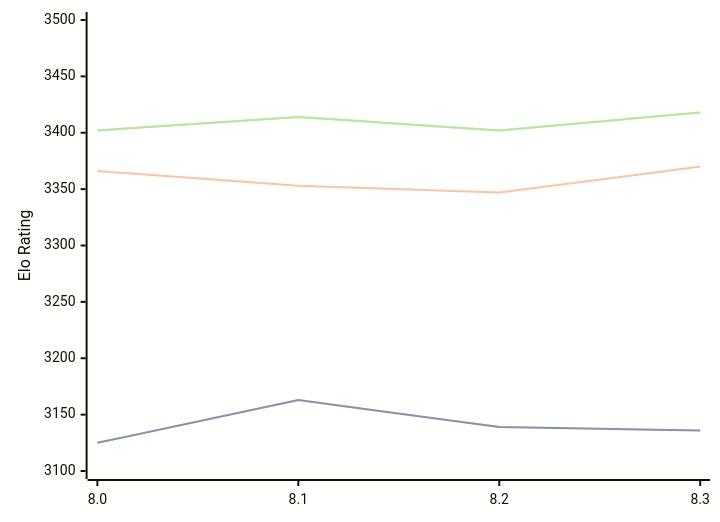
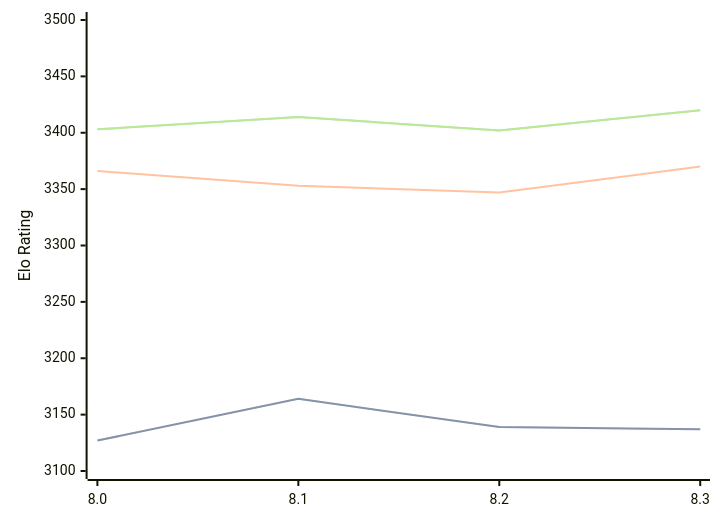
One commit to computer-chess-index/cci changed the diagram in engines/Alexander.md. Above: the diagram before and after it, drawn with Mermaid. The commit also changed other lines of this file, not shown here.

Commit message:
Update CCI Ratings (ELO VLTC) - 2026-05-21

````diff
--- a/engines/Alexander.md
+++ b/engines/Alexander.md
@@ -48,11 +48,11 @@
 ```mermaid
 %%{init: {"theme":"base","themeVariables":{"seriesColors:['#a3a3a3','#222221','#faa371']}}}%%
 xychart-beta
   x-axis ["8.0", "8.1", "8.2", "8.3"]
   y-axis "Elo Rating" 3100 --> 3500
-  line "STC (8.0+0.08s)" [3125, 3163, 3139, 3136]
-  line "STC (8.0+0.08s)" [3125, 3163, 3139, 3136]
+  line "STC (8.0+0.08s)" [3127, 3164, 3139, 3137]
+  line "STC (8.0+0.08s)" [3127, 3164, 3139, 3137]
   line "LTC (60.0+0.60s)" [3366, 3353, 3347, 3370]
-  line "VLTC (2m24s+1.12s)" [3402, 3414, 3402, 3418]
-  line "VLTC (2m24s+1.12s)" [3402, 3414, 3402, 3418]
+  line "VLTC (2m24s+1.12s)" [3403, 3414, 3402, 3420]
+  line "VLTC (2m24s+1.12s)" [3403, 3414, 3402, 3420]
 ```
````
